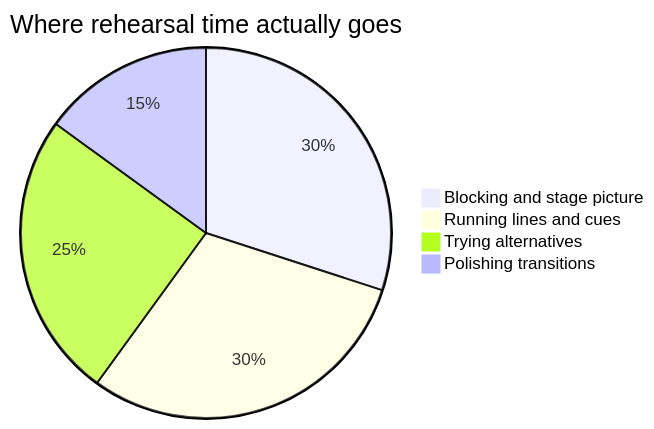
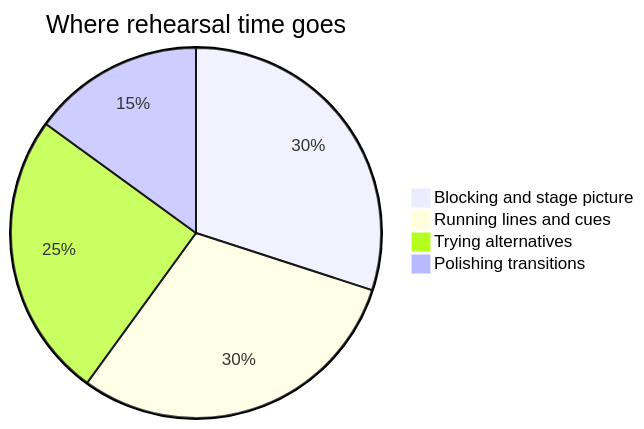
The second of 4 diagrams in support/example_content/ADA1O/shared/Style/What This Site Can Do.md (russellgordon/containerized-quartz-for-teachers), drawn with Mermaid before and after one commit. The commit also changed 31 other files, not shown here.

First line of the commit message:
Pie titles fit the chart mermaid actually draws

````diff
--- a/support/example_content/ADA1O/shared/Style/What This Site Can Do.md
+++ b/support/example_content/ADA1O/shared/Style/What This Site Can Do.md
@@ -171,7 +171,7 @@
 ```mermaid
-pie title Where rehearsal time actually goes
+pie title Where rehearsal time goes
     "Blocking and stage picture" : 30
     "Running lines and cues" : 30
     "Trying alternatives" : 25
     "Polishing transitions" : 15
 ```
````
